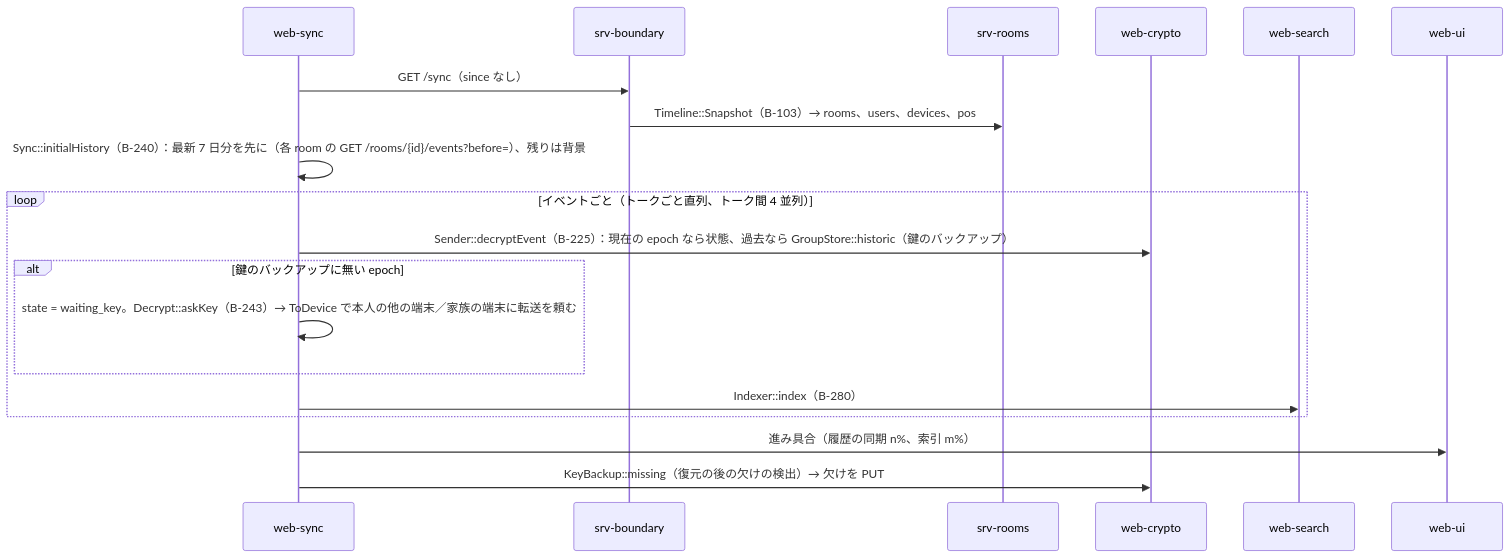
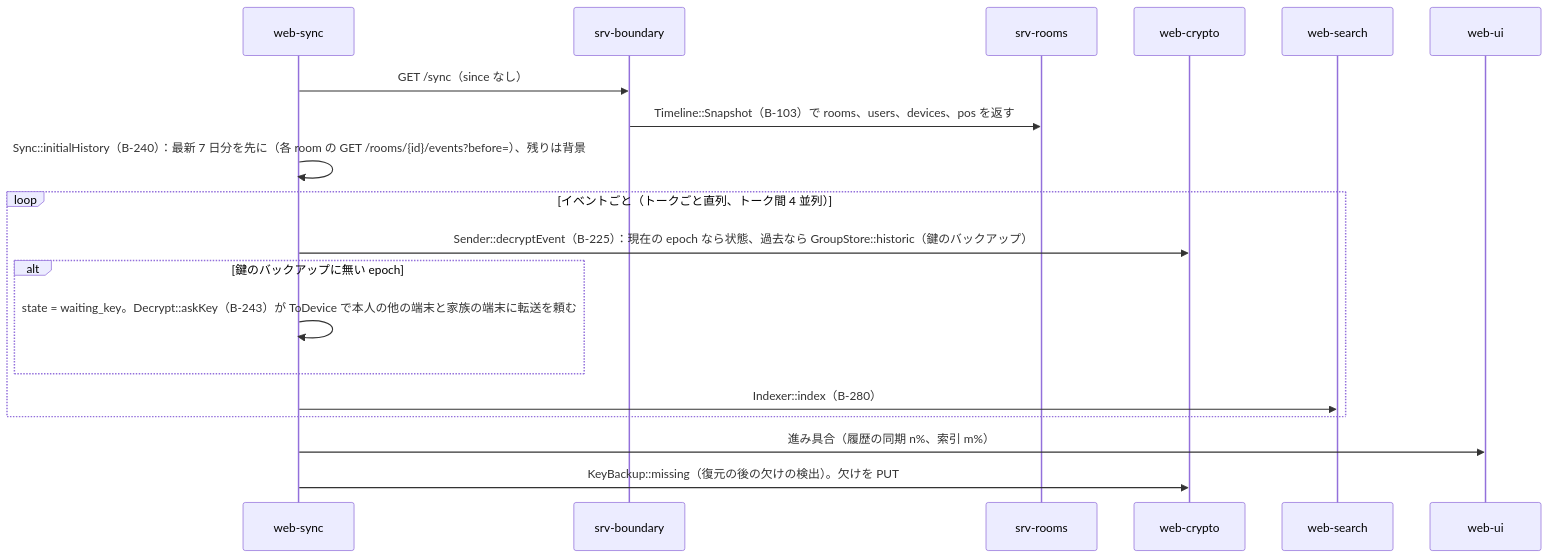
One commit to nrsd-ishikawasou/family-talk-pwa changed the fourth of 4 diagrams in dev/docs/jp/シーケンス/04_ログインと端末.md. Above: the diagram before and after it, drawn with Mermaid. The commit also changed other lines of this file and 290 other files, not shown here.

````diff
--- a/dev/docs/jp/シーケンス/04_ログインと端末.md
+++ b/dev/docs/jp/シーケンス/04_ログインと端末.md
@@ -127,21 +143,21 @@
 ```mermaid
 sequenceDiagram
   participant WS as web-sync
   participant BD as srv-boundary
   participant RM as srv-rooms
   participant WX as web-crypto
   participant WQ as web-search
   participant UI as web-ui
   WS->>BD: GET /sync（since なし）
-  BD->>RM: Timeline::Snapshot（B-103）→ rooms、users、devices、pos
+  BD->>RM: Timeline::Snapshot（B-103）で rooms、users、devices、pos を返す
   WS->>WS: Sync::initialHistory（B-240）：最新 7 日分を先に（各 room の GET /rooms/{id}/events?before=）、残りは背景
   loop イベントごと（トークごと直列、トーク間 4 並列）
     WS->>WX: Sender::decryptEvent（B-225）：現在の epoch なら状態、過去なら GroupStore::historic（鍵のバックアップ）
     alt 鍵のバックアップに無い epoch
-      WS->>WS: state = waiting_key。Decrypt::askKey（B-243）→ ToDevice で本人の他の端末／家族の端末に転送を頼む
+      WS->>WS: state = waiting_key。Decrypt::askKey（B-243）が ToDevice で本人の他の端末と家族の端末に転送を頼む
     end
     WS->>WQ: Indexer::index（B-280）
   end
   WS->>UI: 進み具合（履歴の同期 n%、索引 m%）
-  WS->>WX: KeyBackup::missing（復元の後の欠けの検出）→ 欠けを PUT
+  WS->>WX: KeyBackup::missing（復元の後の欠けの検出）。欠けを PUT
 ```
````
